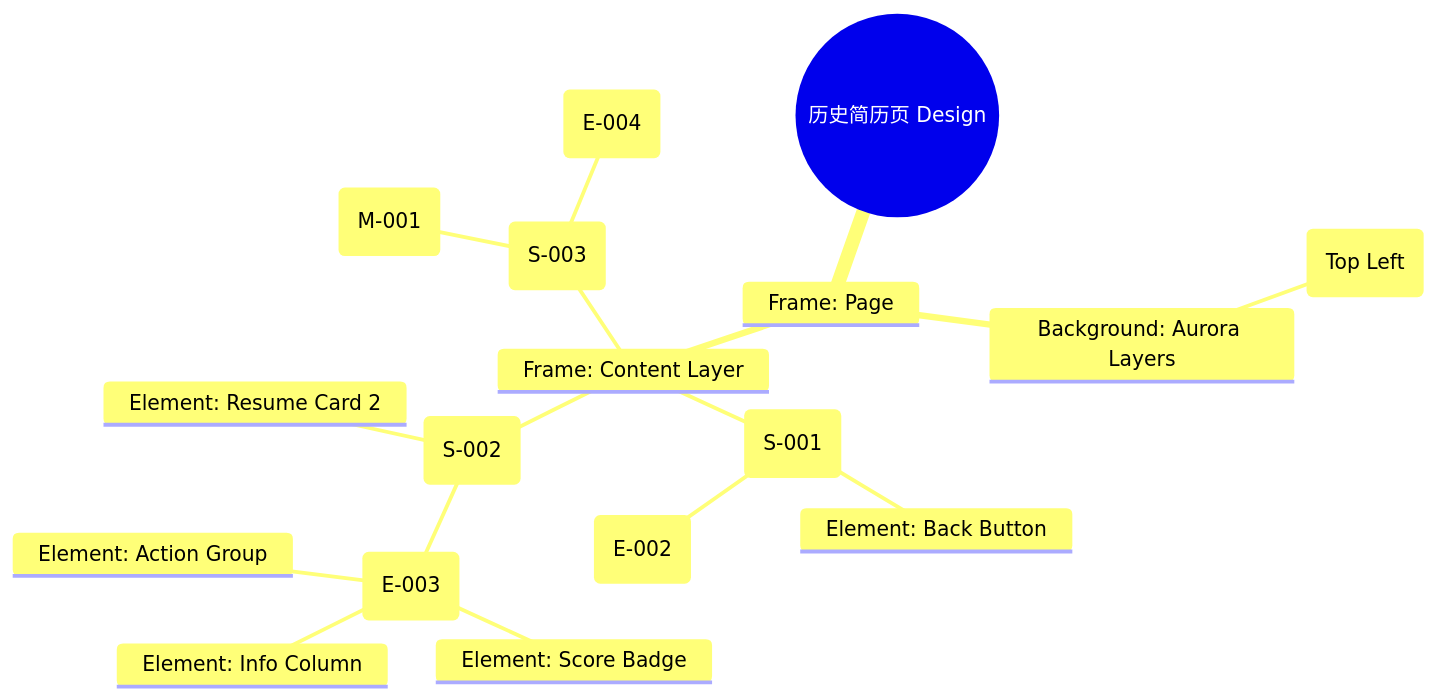
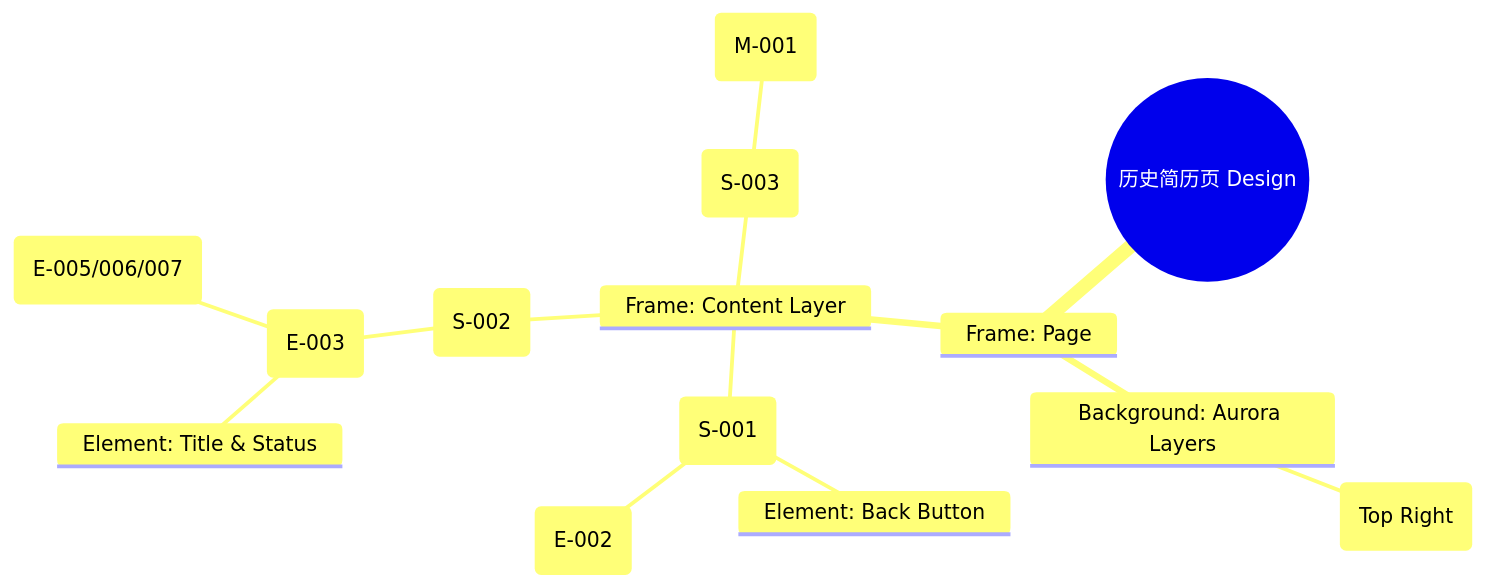
Before and after one commit to WangTW98/PM-Document-Skills: the diagram in product/release/design/100-history.md, drawn with Mermaid. The commit also changed other lines of this file and 14 other files, not shown here.

````diff
--- a/product/release/design/100-history.md
+++ b/product/release/design/100-history.md
@@ -47,20 +46,17 @@
 ```mermaid
 mindmap
   root((历史简历页 Design))
     Frame: Page
       Background: Aurora Layers
-        Blob: Cyan Glow (Top Left)
+        Blob: Blue Glow (Top Right)
       Frame: Content Layer
         Frame: Search Navigation (S-001)
           Element: Back Button
           Element: Search Bar (E-002)
-        Frame: Scrollable List (S-002)
-          Element: Resume Card 1 (E-003)
-            Element: Score Badge
-            Element: Info Column
-            Element: Action Group
-          Element: Resume Card 2
+        Frame: History List (S-002)
+          Element: Resume Cards (E-003)
+            Element: Title & Status
+            Element: Action Group (E-005/006/007)
         Frame: Empty State (S-003)
           Element: Glass Illustration (M-001)
-          Element: Hint Text (E-004)
 ```
````
